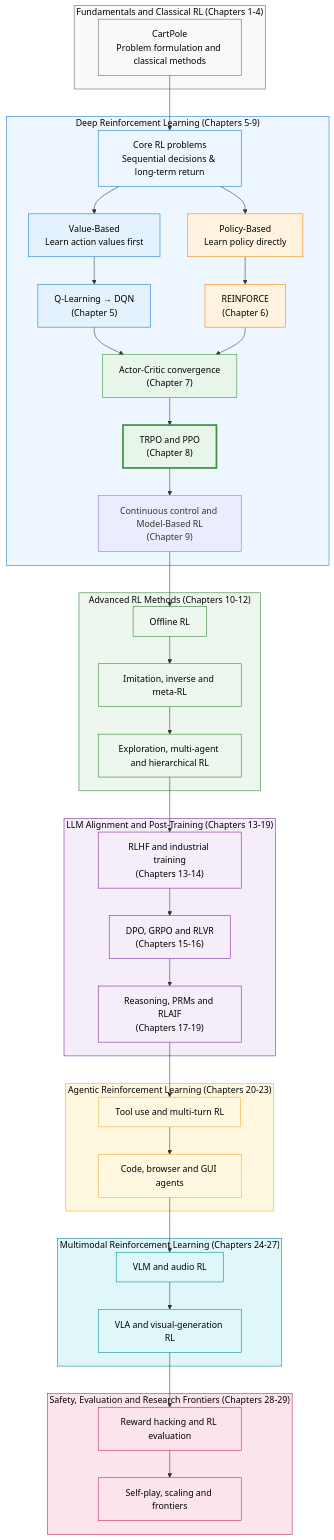
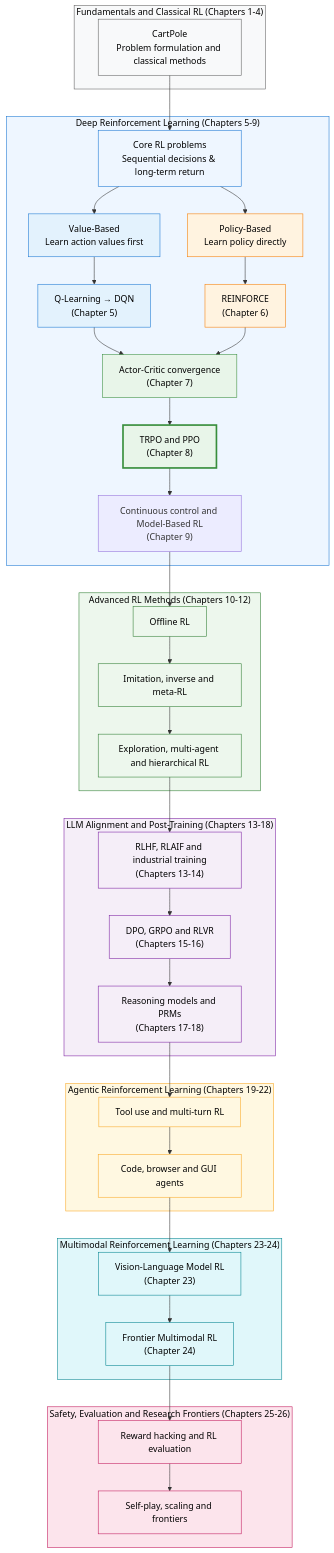
The third of 3 diagrams in docs/en/preface/intro.md (CrazyForks/hands-on-modern-rl), drawn with Mermaid before and after one commit. The commit also changed other lines of this file and 103 other files, not shown here.

````diff
--- a/docs/en/preface/intro.md
+++ b/docs/en/preface/intro.md
@@ -298,75 +298,75 @@
 ```mermaid
 graph TD
     subgraph P1["Fundamentals and Classical RL (Chapters 1-4)"]
         Q["CartPole<br/>Problem formulation and classical methods"]
     end
 
     subgraph P2["Deep Reinforcement Learning (Chapters 5-9)"]
         A["Core RL problems<br/>Sequential decisions & long-term return"] --> B["Value-Based<br/>Learn action values first"]
         A --> C["Policy-Based<br/>Learn policy directly"]
         B --> D["Q-Learning → DQN<br/>(Chapter 5)"]
         C --> E["REINFORCE<br/>(Chapter 6)"]
         D --> F["Actor-Critic convergence<br/>(Chapter 7)"]
         E --> F
         F --> G["TRPO and PPO<br/>(Chapter 8)"]
         G --> H["Continuous control and Model-Based RL<br/>(Chapter 9)"]
     end
 
     subgraph P3["Advanced RL Methods (Chapters 10-12)"]
         I["Offline RL"] --> J["Imitation, inverse and meta-RL"]
         J --> K["Exploration, multi-agent and hierarchical RL"]
     end
 
-    subgraph P4["LLM Alignment and Post-Training (Chapters 13-19)"]
-        L["RLHF and industrial training<br/>(Chapters 13-14)"] --> M["DPO, GRPO and RLVR<br/>(Chapters 15-16)"]
-        M --> N["Reasoning, PRMs and RLAIF<br/>(Chapters 17-19)"]
+    subgraph P4["LLM Alignment and Post-Training (Chapters 13-18)"]
+        L["RLHF, RLAIF and industrial training<br/>(Chapters 13-14)"] --> M["DPO, GRPO and RLVR<br/>(Chapters 15-16)"]
+        M --> N["Reasoning models and PRMs<br/>(Chapters 17-18)"]
     end
 
-    subgraph P5["Agentic Reinforcement Learning (Chapters 20-23)"]
+    subgraph P5["Agentic Reinforcement Learning (Chapters 19-22)"]
         O["Tool use and multi-turn RL"] --> P["Code, browser and GUI agents"]
     end
 
-    subgraph P6["Multimodal Reinforcement Learning (Chapters 24-27)"]
-        R["VLM and audio RL"] --> S["VLA and visual-generation RL"]
+    subgraph P6["Multimodal Reinforcement Learning (Chapters 23-24)"]
+        R["Vision-Language Model RL<br/>(Chapter 23)"] --> S["Frontier Multimodal RL<br/>(Chapter 24)"]
     end
 
-    subgraph P7["Safety, Evaluation and Research Frontiers (Chapters 28-29)"]
+    subgraph P7["Safety, Evaluation and Research Frontiers (Chapters 25-26)"]
         T["Reward hacking and RL evaluation"] --> U["Self-play, scaling and frontiers"]
     end
 
     Q --> A
     H --> I
     K --> L
     N --> O
     P --> R
     S --> T
 
     style P1 fill:#f8f9fa,stroke:#616161,color:#000
     style P2 fill:#eef6ff,stroke:#1976d2,color:#000
     style P3 fill:#edf7ed,stroke:#2e7d32,color:#000
     style P4 fill:#f5eef8,stroke:#7b1fa2,color:#000
     style P5 fill:#fff8e1,stroke:#f9a825,color:#000
     style P6 fill:#e0f7fa,stroke:#00838f,color:#000
     style P7 fill:#fce4ec,stroke:#c2185b,color:#000
     style Q fill:#f8f9fa,stroke:#616161,color:#000
     style A fill:#eef6ff,stroke:#1976d2,color:#000
     style B fill:#e3f2fd,stroke:#1976d2,color:#000
     style D fill:#e3f2fd,stroke:#1976d2,color:#000
     style C fill:#fff3e0,stroke:#f57c00,color:#000
     style E fill:#fff3e0,stroke:#f57c00,color:#000
     style F fill:#e8f5e9,stroke:#388e3c,color:#000
     style G fill:#e8f5e9,stroke:#388e3c,stroke-width:3px,color:#000
     style I fill:#edf7ed,stroke:#2e7d32,color:#000
     style J fill:#edf7ed,stroke:#2e7d32,color:#000
     style K fill:#edf7ed,stroke:#2e7d32,color:#000
     style L fill:#f5eef8,stroke:#7b1fa2,color:#000
     style M fill:#f5eef8,stroke:#7b1fa2,color:#000
     style N fill:#f5eef8,stroke:#7b1fa2,color:#000
     style O fill:#fff8e1,stroke:#f9a825,color:#000
     style P fill:#fff8e1,stroke:#f9a825,color:#000
     style R fill:#e0f7fa,stroke:#00838f,color:#000
     style S fill:#e0f7fa,stroke:#00838f,color:#000
     style T fill:#fce4ec,stroke:#c2185b,color:#000
     style U fill:#fce4ec,stroke:#c2185b,color:#000
 
 ```
````
